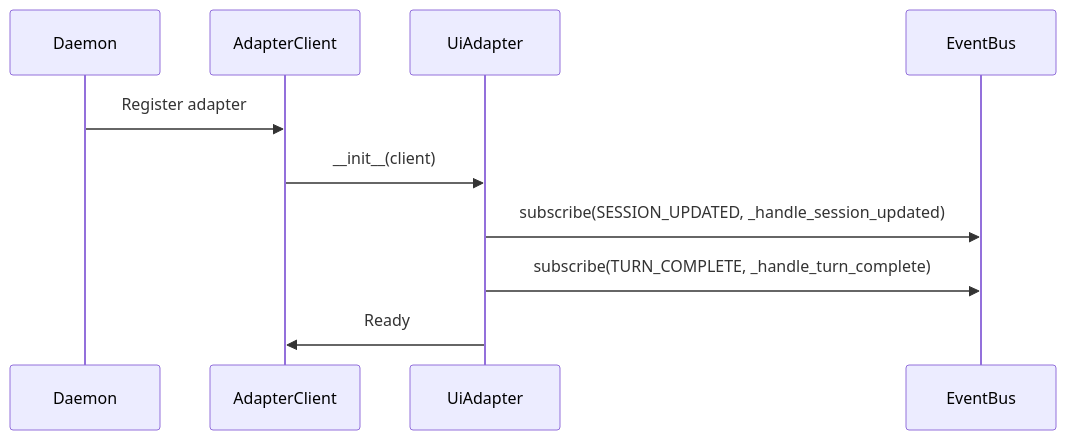
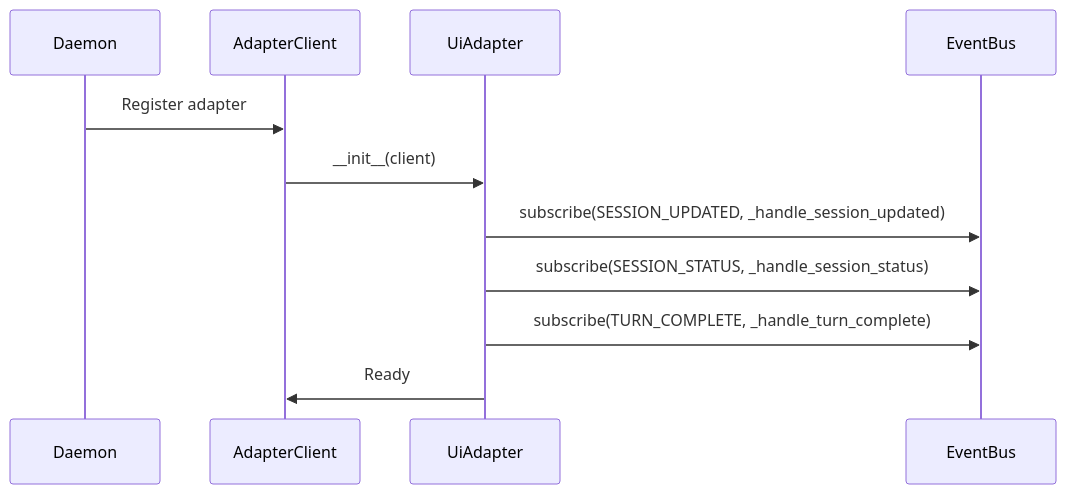
The first of 7 diagrams in docs/project/design/architecture/ui-adapter.md (InstruktAI/TeleClaude), drawn with Mermaid before and after one commit. The commit also changed other lines of this file and 104 other files, not shown here.

````diff
--- a/docs/project/design/architecture/ui-adapter.md
+++ b/docs/project/design/architecture/ui-adapter.md
@@ -67,13 +67,14 @@
 ```mermaid
 sequenceDiagram
     participant Daemon
     participant AdapterClient
     participant UiAdapter
     participant EventBus
 
     Daemon->>AdapterClient: Register adapter
     AdapterClient->>UiAdapter: __init__(client)
     UiAdapter->>EventBus: subscribe(SESSION_UPDATED, _handle_session_updated)
+    UiAdapter->>EventBus: subscribe(SESSION_STATUS, _handle_session_status)
     UiAdapter->>EventBus: subscribe(TURN_COMPLETE, _handle_turn_complete)
     UiAdapter->>AdapterClient: Ready
 ```
````
